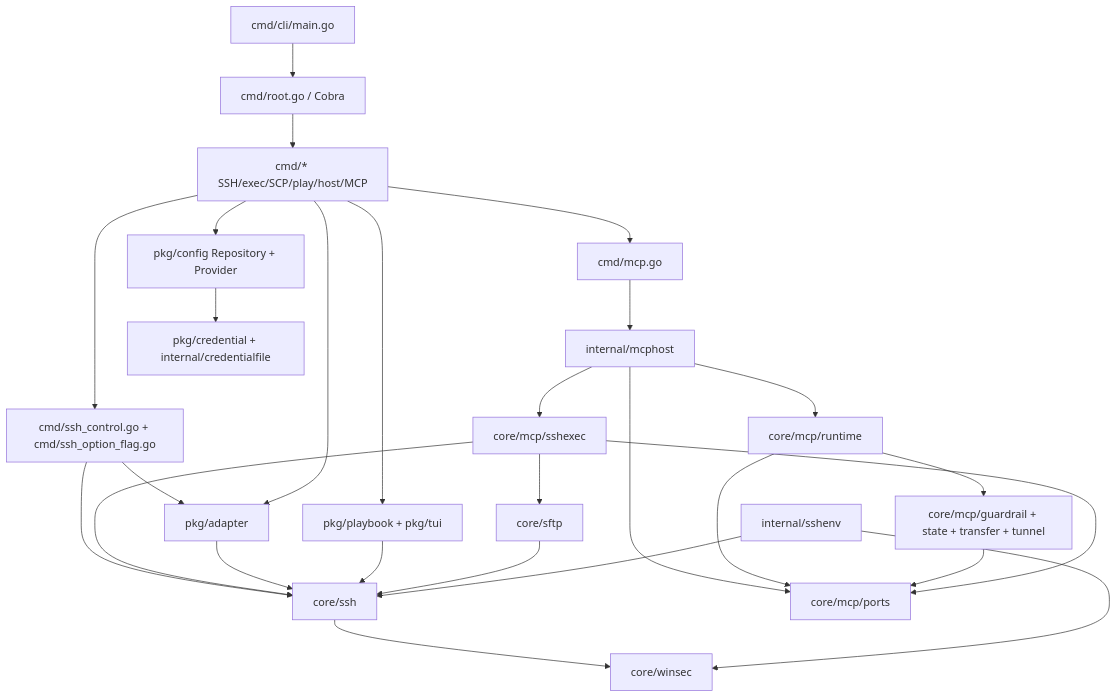
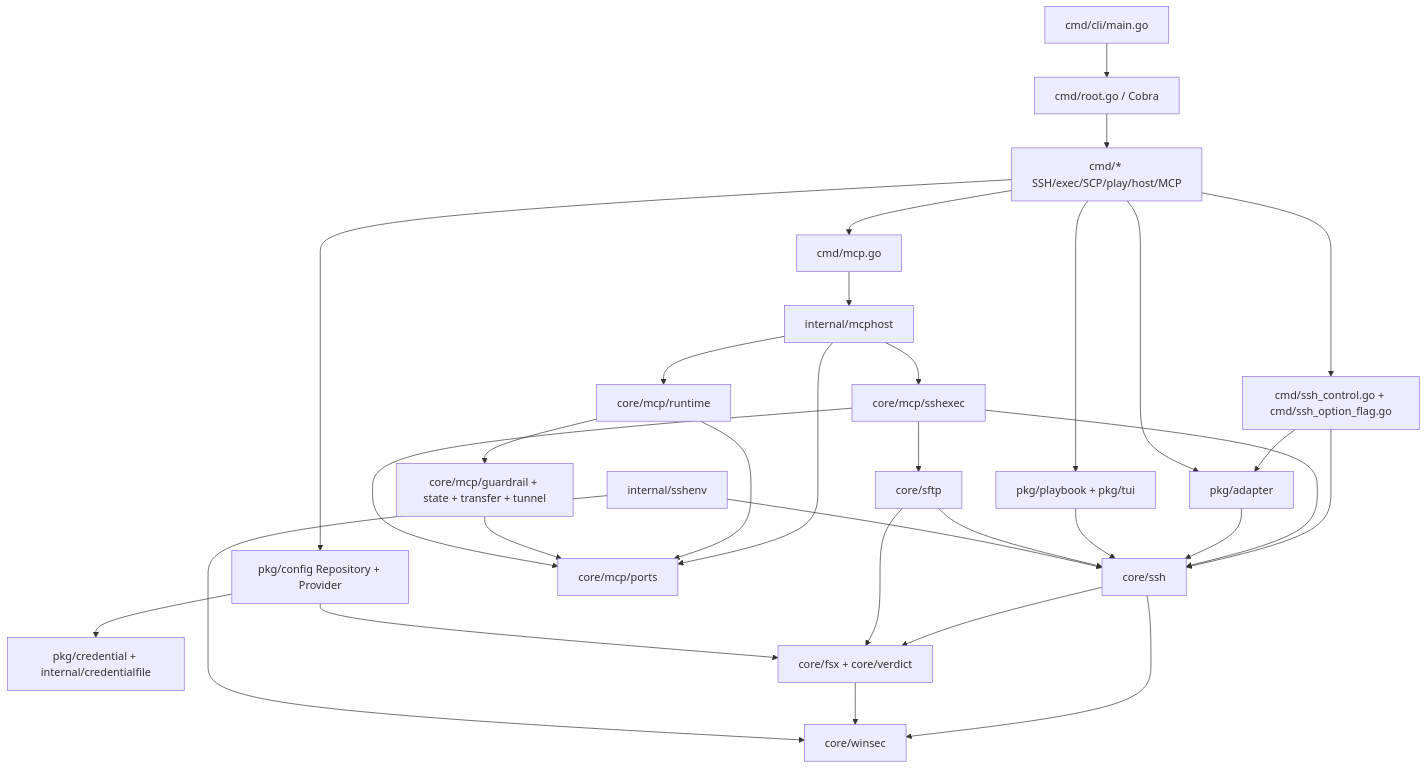
One commit to wentf9/xops-cli changed the diagram in docs/development/governance/architecture-map.md. Above: the diagram before and after it, drawn with Mermaid. The commit also changed other lines of this file and 6 other files, not shown here.

Commit message:
docs(governance): persist P7 architectural invariants, implicit contracts, and anti-drift baseline

````diff
--- a/docs/development/governance/architecture-map.md
+++ b/docs/development/governance/architecture-map.md
@@ -11,29 +11,33 @@
 ```mermaid
 flowchart TD
   E[cmd/cli/main.go] --> R[cmd/root.go / Cobra]
   R --> C[cmd/* SSH/exec/SCP/play/host/MCP]
   C --> CTL[cmd/ssh_control.go + cmd/ssh_option_flag.go]
   CTL --> A[pkg/adapter]
   CTL --> SSH[core/ssh]
   C --> A
   C --> P[pkg/playbook + pkg/tui]
   C --> CFG[pkg/config Repository + Provider]
   C --> CM[cmd/mcp.go]
   CM --> MH[internal/mcphost]
   MH --> PORTS[core/mcp/ports]
   MH --> MR[core/mcp/runtime]
   MH --> B[core/mcp/sshexec]
   MR --> PORTS
   MR --> G[core/mcp/guardrail + state + transfer + tunnel]
   G --> PORTS
   B --> PORTS
   B --> SSH
   B --> SFTP[core/sftp]
   A --> SSH
   P --> SSH
   CFG --> CR[pkg/credential + internal/credentialfile]
   SFTP --> SSH
   ENV[internal/sshenv] --> SSH
+  SSH --> FSX[core/fsx + core/verdict]
+  SFTP --> FSX
+  CFG --> FSX
   SSH --> WINSEC[core/winsec]
+  FSX --> WINSEC
   ENV --> WINSEC
 ```
````
